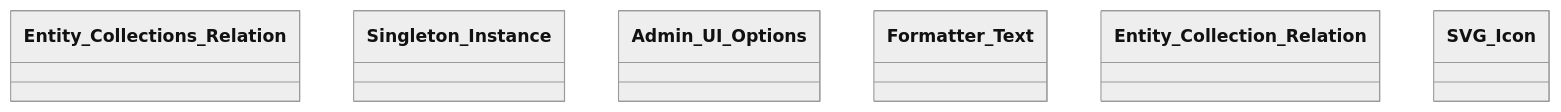
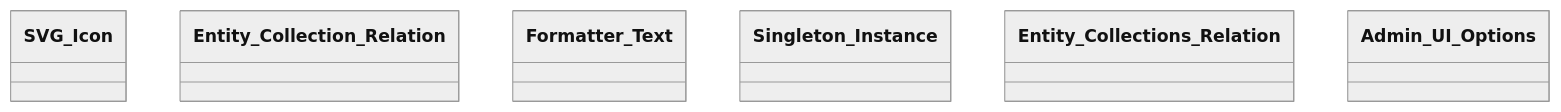
Diagram 13 of 13 in docs/phpdoc/Home.md (tainacan/tainacan), drawn with Mermaid (neutral theme) before and after one commit. The commit also changed other lines of this file and 74 other files, not shown here.

````diff
--- a/docs/phpdoc/Home.md
+++ b/docs/phpdoc/Home.md
@@ -771,10 +771,10 @@
 ```mermaid
 classDiagram
     direction TB
+    class SVG_Icon { }
+    class Entity_Collection_Relation { }
+    class Formatter_Text { }
+    class Singleton_Instance { }
     class Entity_Collections_Relation { }
-    class Singleton_Instance { }
     class Admin_UI_Options { }
-    class Formatter_Text { }
-    class Entity_Collection_Relation { }
-    class SVG_Icon { }
 ```
````
